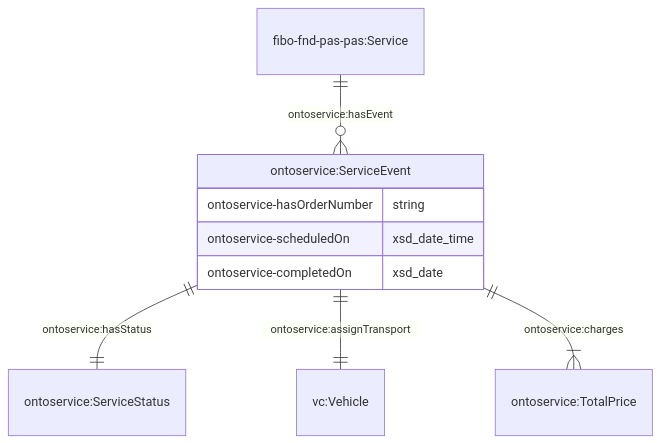
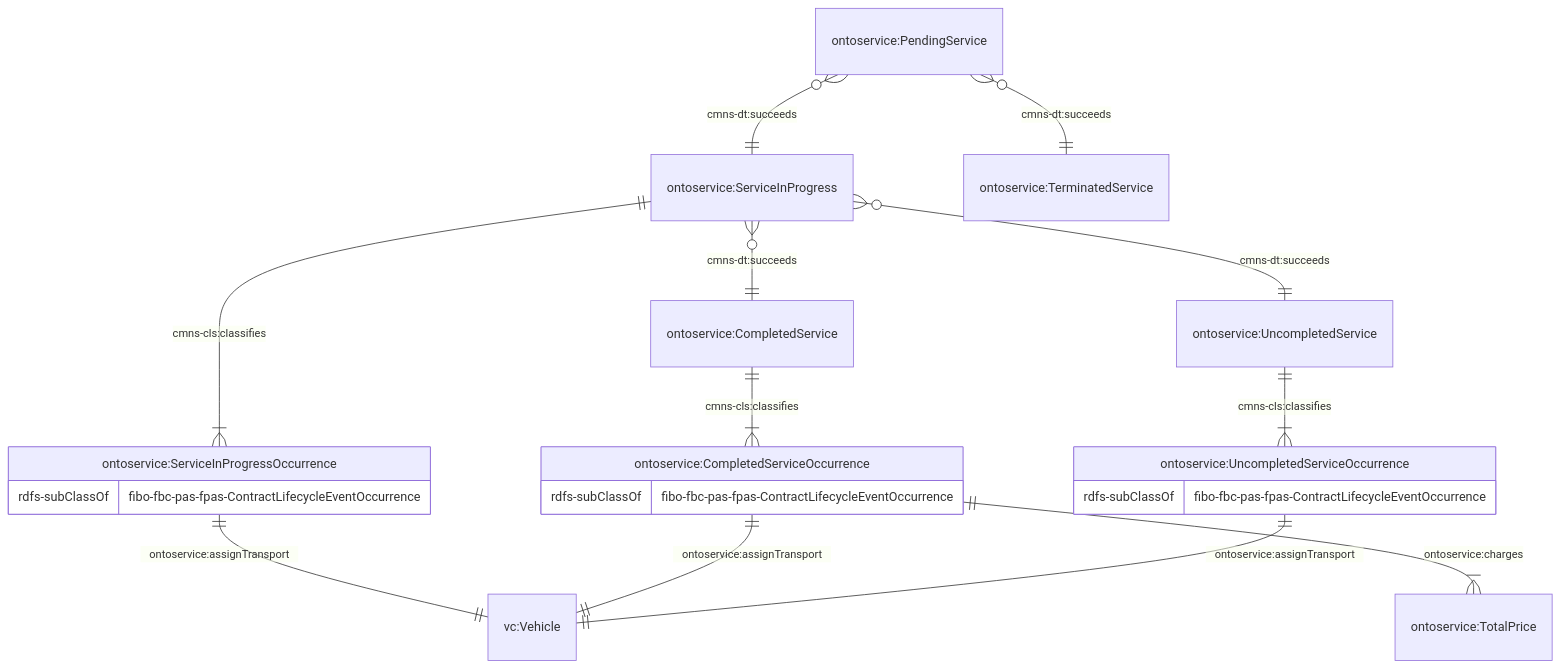
One commit to cambridge-cares/TheWorldAvatar changed the ninth of 10 diagrams in JPS_Ontology/ontology/ontoservice/README.md. Above: the diagram before and after it, drawn with Mermaid. The commit also changed other lines of this file and 3 other files, not shown here.

Commit message:
dev-ontoservice-lifecycle: Refactor service events into lifecycle event occurrences

````diff
--- a/JPS_Ontology/ontology/ontoservice/README.md
+++ b/JPS_Ontology/ontology/ontoservice/README.md
@@ -191,14 +311,26 @@
 ```mermaid
     erDiagram
-    "fibo-fnd-pas-pas:Service" ||--o{ "ontoservice:ServiceEvent" : "ontoservice:hasEvent"
 
-    "ontoservice:ServiceEvent" ||--|| "ontoservice:ServiceStatus" : "ontoservice:hasStatus"
-    "ontoservice:ServiceEvent" ||--|| "vc:Vehicle" : "ontoservice:assignTransport"
-    "ontoservice:ServiceEvent" ||--|{ "ontoservice:TotalPrice" : "ontoservice:charges"
+    "ontoservice:PendingService" o{--|| "ontoservice:ServiceInProgress" : "cmns-dt:succeeds"
+    "ontoservice:PendingService" o{--|| "ontoservice:TerminatedService" : "cmns-dt:succeeds"
+    "ontoservice:ServiceInProgress" o{--|| "ontoservice:CompletedService" : "cmns-dt:succeeds"
+    "ontoservice:ServiceInProgress" o{--|| "ontoservice:UncompletedService" : "cmns-dt:succeeds"
 
-    "ontoservice:ServiceEvent" {
-        ontoservice-hasOrderNumber string
-        ontoservice-scheduledOn xsd_date_time
-        ontoservice-completedOn xsd_date
+    "ontoservice:ServiceInProgress" ||--|{ "ontoservice:ServiceInProgressOccurrence" : "cmns-cls:classifies"
+    "ontoservice:ServiceInProgressOccurrence" {
+        rdfs-subClassOf fibo-fbc-pas-fpas-ContractLifecycleEventOccurrence
     }
+    "ontoservice:CompletedService" ||--|{ "ontoservice:CompletedServiceOccurrence" : "cmns-cls:classifies"
+    "ontoservice:CompletedServiceOccurrence" {
+        rdfs-subClassOf fibo-fbc-pas-fpas-ContractLifecycleEventOccurrence
+    }
+    "ontoservice:UncompletedService" ||--|{ "ontoservice:UncompletedServiceOccurrence" : "cmns-cls:classifies"
+    "ontoservice:UncompletedServiceOccurrence" {
+        rdfs-subClassOf fibo-fbc-pas-fpas-ContractLifecycleEventOccurrence
+    }
+
+    "ontoservice:ServiceInProgressOccurrence" ||--|| "vc:Vehicle" : "ontoservice:assignTransport"
+    "ontoservice:CompletedServiceOccurrence" ||--|| "vc:Vehicle" : "ontoservice:assignTransport"
+    "ontoservice:CompletedServiceOccurrence" ||--|{ "ontoservice:TotalPrice" : "ontoservice:charges"
+    "ontoservice:UncompletedServiceOccurrence" ||--|| "vc:Vehicle" : "ontoservice:assignTransport"
 ```
````
